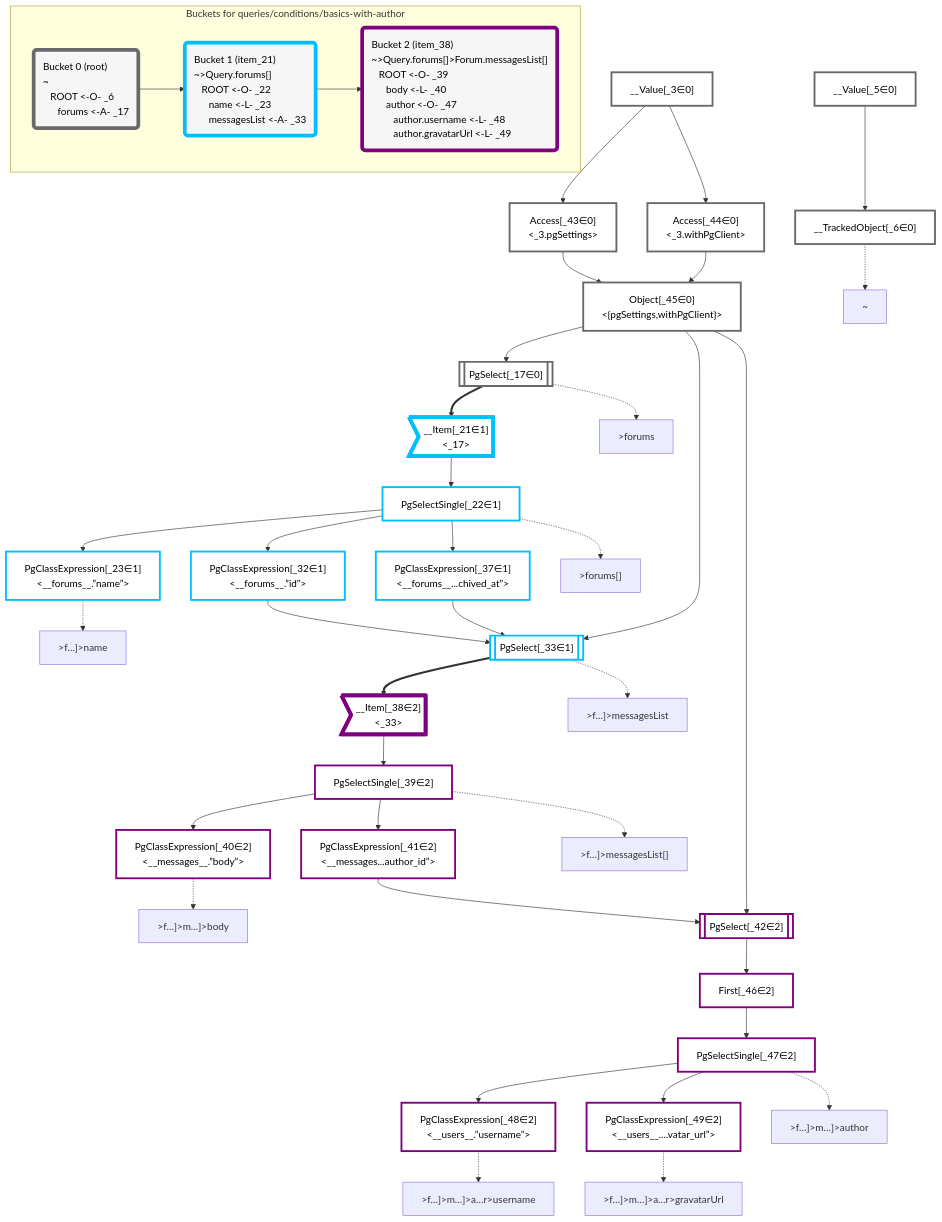
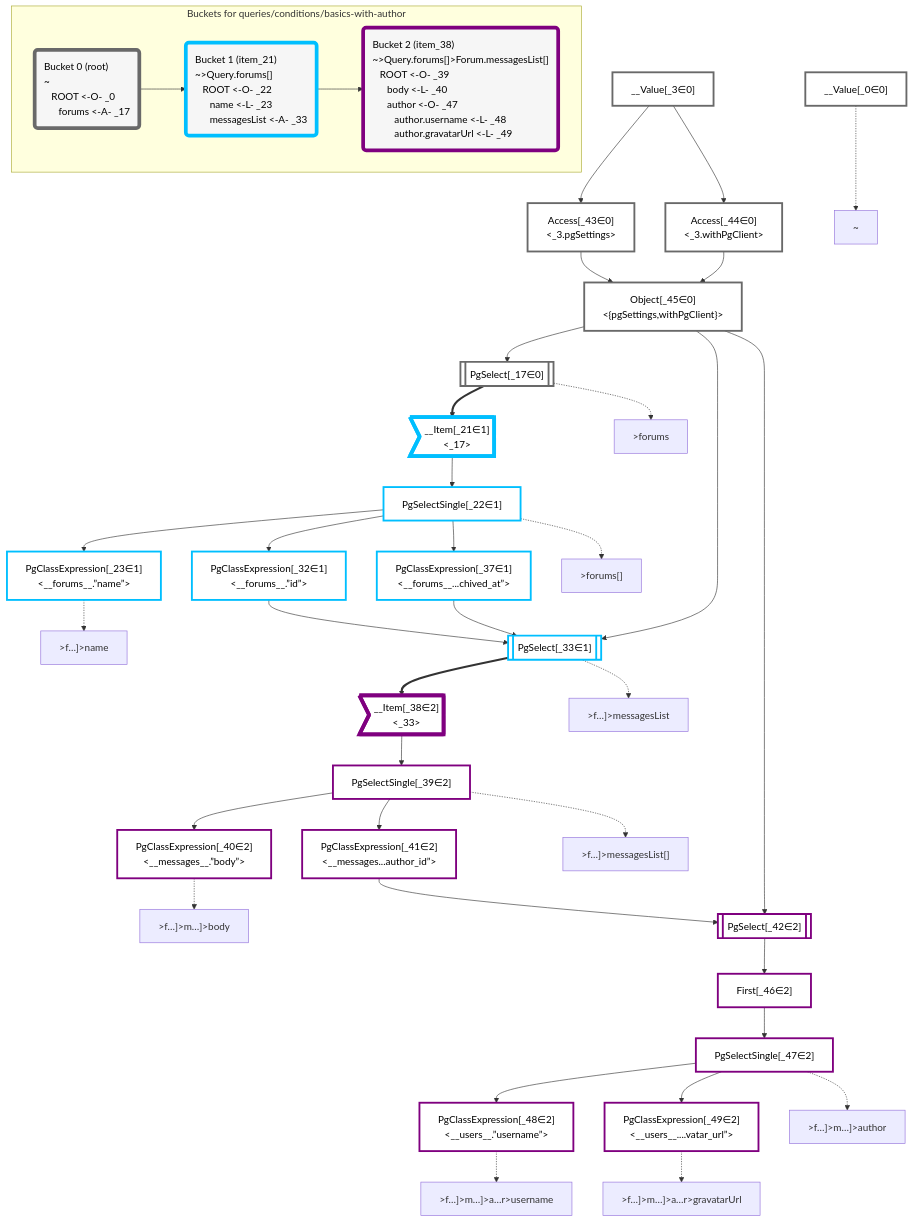
The diagram in packages/dataplan-pg/__tests__/queries/conditions/basics-with-author.deopt.mermaid.md (graphile/crystal), drawn with Mermaid before and after one commit. The commit also changed 193 other files, not shown here.

Commit message:
Update test plan snapshots with new root plan

```diff
--- a/packages/dataplan-pg/__tests__/queries/conditions/basics-with-author.deopt.mermaid.md
+++ b/packages/dataplan-pg/__tests__/queries/conditions/basics-with-author.deopt.mermaid.md
@@ -8,9 +8,8 @@
 
 
     %% define plans
+    __Value_0["__Value[_0∈0]"]:::plan
     __Value_3["__Value[_3∈0]<br /><context>"]:::plan
-    __Value_5["__Value[_5∈0]<br /><rootValue>"]:::plan
-    __TrackedObject_6["__TrackedObject[_6∈0]"]:::plan
     PgSelect_17[["PgSelect[_17∈0]<br /><forums>"]]:::plan
     __Item_21>"__Item[_21∈1]<br /><_17>"]:::itemplan
     PgSelectSingle_22["PgSelectSingle[_22∈1]<br /><forums>"]:::plan
@@ -32,7 +31,6 @@
     PgClassExpression_49["PgClassExpression[_49∈2]<br /><__users__....vatar_url”>"]:::plan
 
     %% plan dependencies
-    __Value_5 --> __TrackedObject_6
     Object_45 --> PgSelect_17
     PgSelect_17 ==> __Item_21
     __Item_21 --> PgSelectSingle_22
@@ -58,8 +56,8 @@
     PgSelectSingle_47 --> PgClassExpression_49
 
     %% plan-to-path relationships
-    P_6["~"]
-    __TrackedObject_6 -.-> P_6
+    P_0["~"]
+    __Value_0 -.-> P_0
     P_17[">forums"]
     PgSelect_17 -.-> P_17
     P_22[">forums[]"]
@@ -81,14 +79,14 @@
 
     %% allocate buckets
     classDef bucket0 stroke:#696969
-    class __Value_3,__Value_5,__TrackedObject_6,PgSelect_17,Access_43,Access_44,Object_45 bucket0
+    class __Value_0,__Value_3,PgSelect_17,Access_43,Access_44,Object_45 bucket0
     classDef bucket1 stroke:#00bfff
     class __Item_21,PgSelectSingle_22,PgClassExpression_23,PgClassExpression_32,PgSelect_33,PgClassExpression_37 bucket1
     classDef bucket2 stroke:#7f007f
     class __Item_38,PgSelectSingle_39,PgClassExpression_40,PgClassExpression_41,PgSelect_42,First_46,PgSelectSingle_47,PgClassExpression_48,PgClassExpression_49 bucket2
 
     subgraph "Buckets for queries/conditions/basics-with-author"
-    Bucket0("Bucket 0 (root)<br />~<br />⠀ROOT <-O- _6<br />⠀⠀forums <-A- _17"):::bucket
+    Bucket0("Bucket 0 (root)<br />~<br />⠀ROOT <-O- _0<br />⠀⠀forums <-A- _17"):::bucket
     style Bucket0 stroke:#696969
     Bucket1("Bucket 1 (item_21)<br />~>Query.forums[]<br />⠀ROOT <-O- _22<br />⠀⠀name <-L- _23<br />⠀⠀messagesList <-A- _33"):::bucket
     style Bucket1 stroke:#00bfff
```
